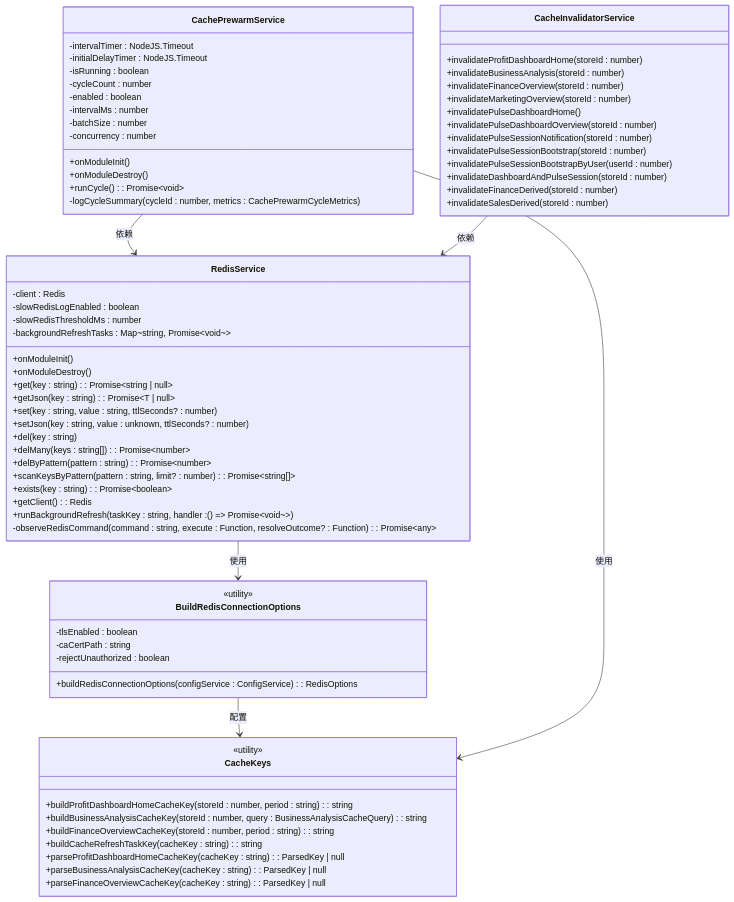
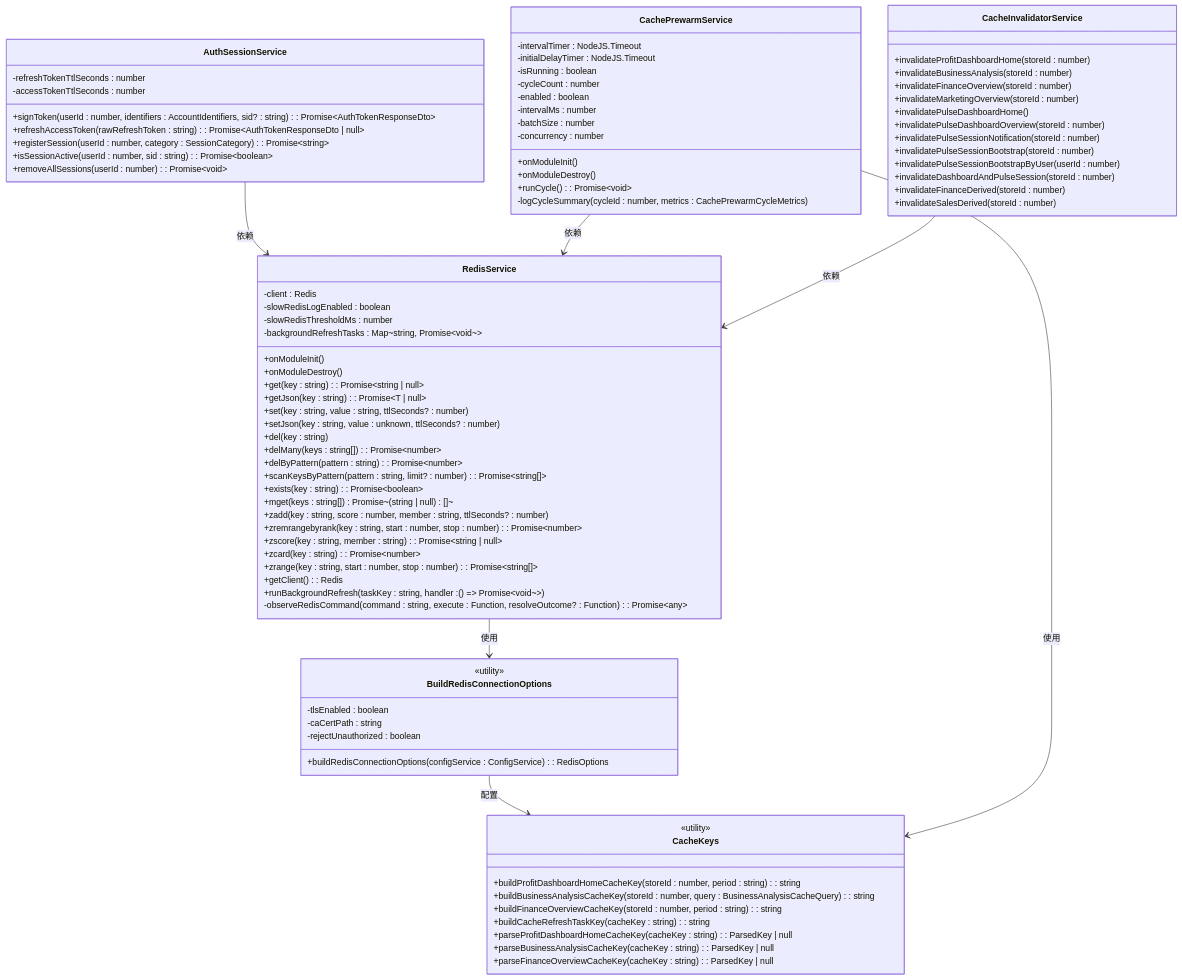
One commit to rc558620/purelyprofit-server changed the second of 11 diagrams in .qoder/repowiki/zh/content/缓存系统/Redis 集成方案.md. Above: the diagram before and after it, drawn with Mermaid. The commit also changed other lines of this file and 18 other files, not shown here.

```diff
--- a/.qoder/repowiki/zh/content/缓存系统/Redis 集成方案.md
+++ b/.qoder/repowiki/zh/content/缓存系统/Redis 集成方案.md
@@ -147,9 +156,24 @@
 +delByPattern(pattern : string) : Promise~number~
 +scanKeysByPattern(pattern : string, limit? : number) : Promise~string[]~
 +exists(key : string) : Promise~boolean~
++mget(keys : string[]) : Promise~(string | null)[]~
++zadd(key : string, score : number, member : string, ttlSeconds? : number)
++zremrangebyrank(key : string, start : number, stop : number) : Promise~number~
++zscore(key : string, member : string) : Promise~string | null~
++zcard(key : string) : Promise~number~
++zrange(key : string, start : number, stop : number) : Promise~string[]~
 +getClient() : Redis
 +runBackgroundRefresh(taskKey : string, handler : () => Promise~void~~)
 -observeRedisCommand(command : string, execute : Function, resolveOutcome? : Function) : Promise~any~
+}
+class AuthSessionService {
+-refreshTokenTtlSeconds : number
+-accessTokenTtlSeconds : number
++signToken(userId : number, identifiers : AccountIdentifiers, sid? : string) : Promise~AuthTokenResponseDto~
++refreshAccessToken(rawRefreshToken : string) : Promise~AuthTokenResponseDto | null~
++registerSession(userId : number, category : SessionCategory) : Promise~string~
++isSessionActive(userId : number, sid : string) : Promise~boolean~
++removeAllSessions(userId : number) : Promise~void~
 }
 class BuildRedisConnectionOptions {
 <<utility>>
@@ -197,6 +221,7 @@
 +parseFinanceOverviewCacheKey(cacheKey : string) : ParsedKey | null
 }
 RedisService --> BuildRedisConnectionOptions : 使用
+AuthSessionService --> RedisService : 依赖
 BuildRedisConnectionOptions --> CacheKeys : 配置
 CachePrewarmService --> RedisService : 依赖
 CacheInvalidatorService --> RedisService : 依赖
```
